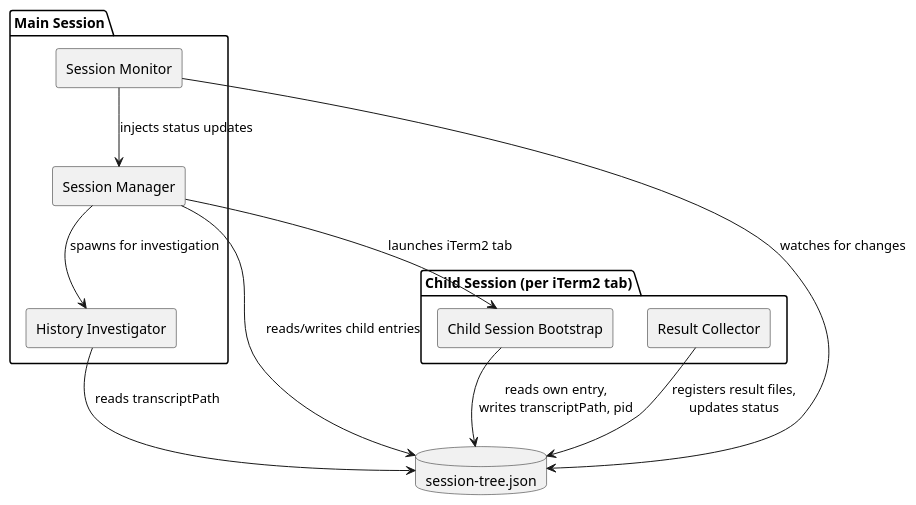
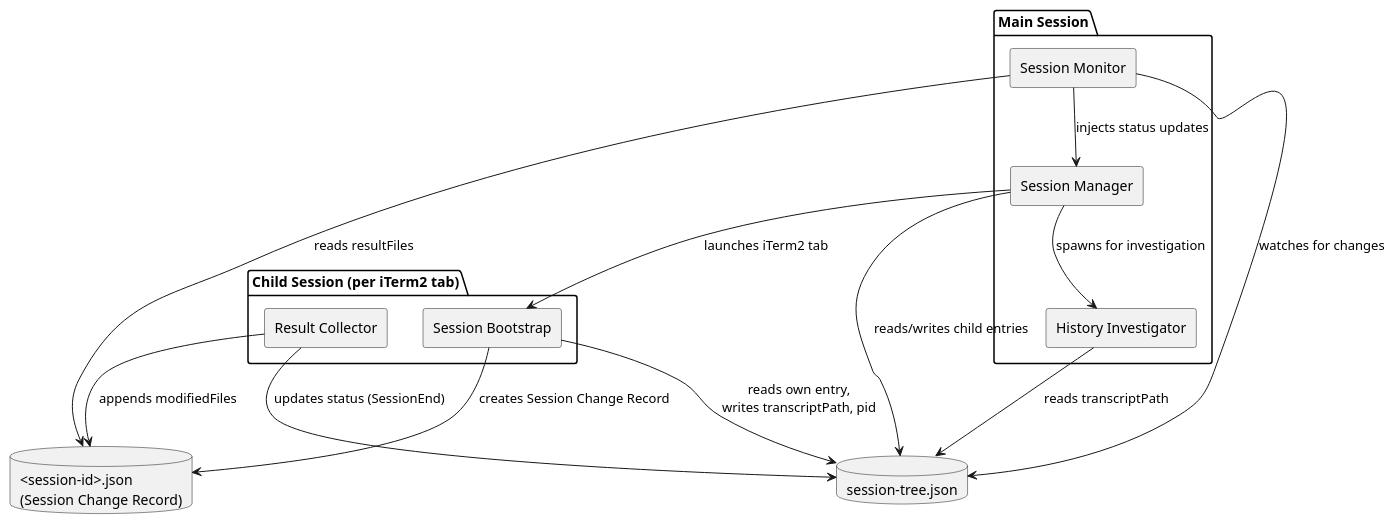
Before and after one commit to studykit/studykit-marketplace: the first of 8 diagrams in A4/co-think/2026-03-29-2100-agent-orchestrator.architecture.md, drawn with PlantUML. The commit also changed other lines of this file and 6 other files, not shown here.

````diff
--- a/A4/co-think/2026-03-29-2100-agent-orchestrator.architecture.md
+++ b/A4/co-think/2026-03-29-2100-agent-orchestrator.architecture.md
@@ -25,27 +25,31 @@
 ```plantuml
 @startuml
 skinparam componentStyle rectangle
 
 package "Main Session" {
   component [Session Manager] as SM
   component [Session Monitor] as MO
   component [History Investigator] as HI
 }
 
 package "Child Session (per iTerm2 tab)" {
-  component [Child Session Bootstrap] as CB
+  component [Session Bootstrap] as SB
   component [Result Collector] as RC
 }
 
 database "session-tree.json" as ST
+database "<session-id>.json\n(Session Change Record)" as SCR
 
 SM --> ST : reads/writes child entries
-SM --> CB : launches iTerm2 tab
-CB --> ST : reads own entry,\nwrites transcriptPath, pid
-RC --> ST : registers result files,\nupdates status
+SM --> SB : launches iTerm2 tab
+SB --> ST : reads own entry,\nwrites transcriptPath, pid
+SB --> SCR : creates Session Change Record
+RC --> SCR : appends modifiedFiles
+RC --> ST : updates status (SessionEnd)
 MO --> ST : watches for changes
+MO --> SCR : reads resultFiles
 MO --> SM : injects status updates
 SM --> HI : spawns for investigation
 HI --> ST : reads transcriptPath
 @enduml
 ```
````
